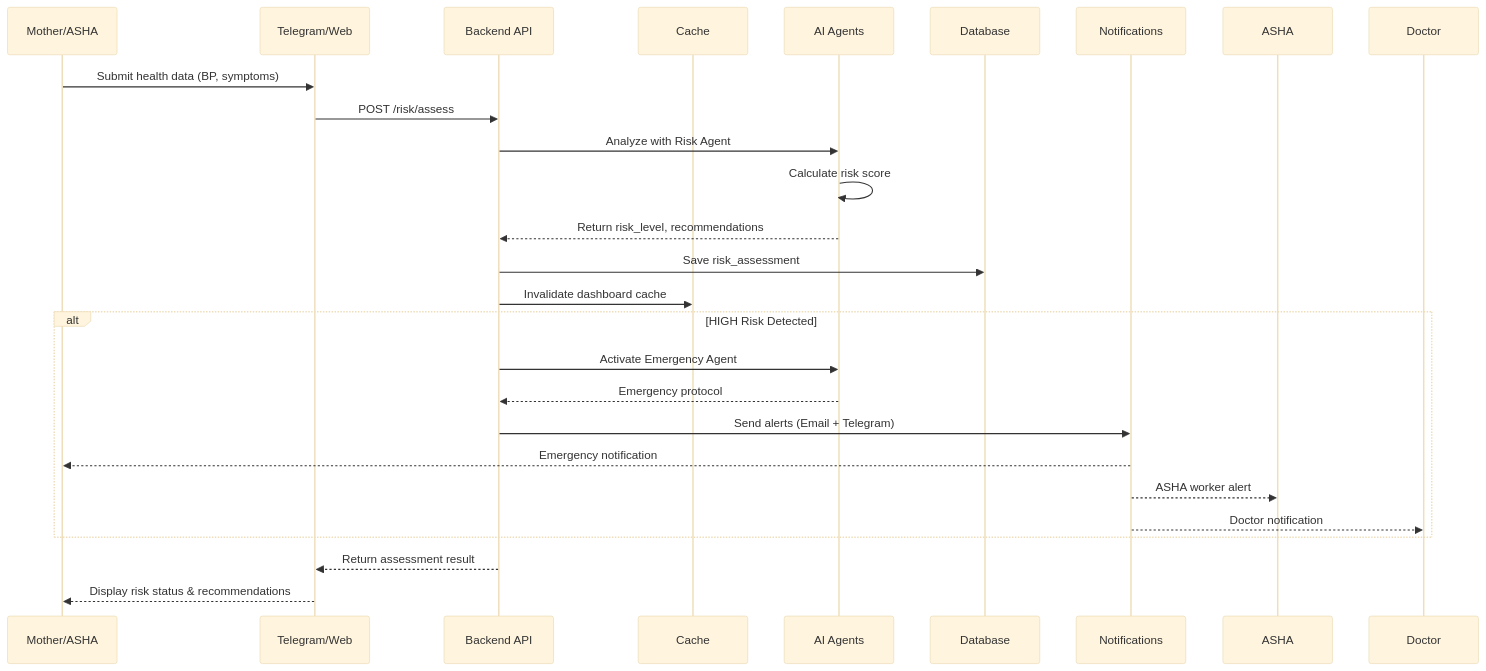
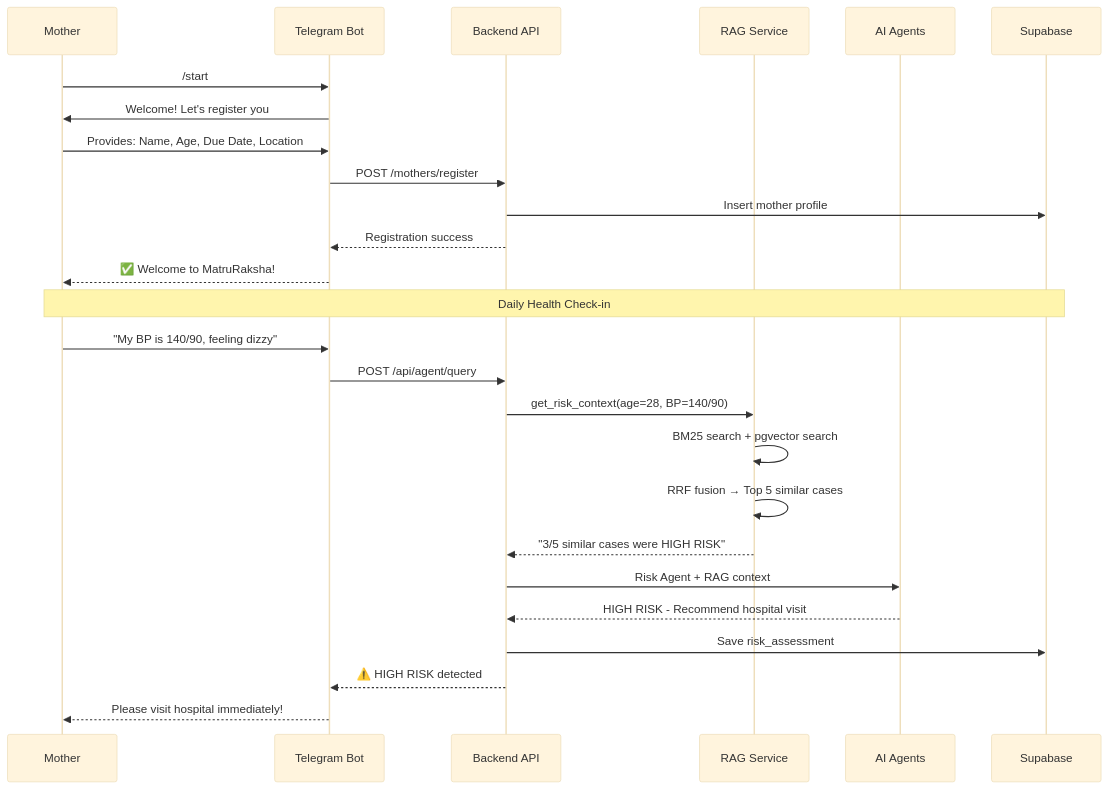
Before and after one commit to AIUtsavBot/aanchal_ai: the fourth of 4 diagrams in README.md, drawn with Mermaid (base theme). The commit also changed other lines of this file and 1 other file, not shown here.

````diff
--- a/README.md
+++ b/README.md
@@ -396,30 +264,30 @@
 ```mermaid
 sequenceDiagram
-    participant M as Mother/ASHA
-    participant T as Telegram/Web
+    participant M as Mother
+    participant T as Telegram Bot
     participant B as Backend API
-    participant C as Cache
+    participant R as RAG Service
     participant AI as AI Agents
-    participant DB as Database
-    participant N as Notifications
+    participant DB as Supabase
 
-    M->>T: Submit health data (BP, symptoms)
-    T->>B: POST /risk/assess
-    B->>AI: Analyze with Risk Agent
-    AI->>AI: Calculate risk score
-    AI-->>B: Return risk_level, recommendations
+    M->>T: /start
+    T->>M: Welcome! Let's register you
+    M->>T: Provides: Name, Age, Due Date, Location
+    T->>B: POST /mothers/register
+    B->>DB: Insert mother profile
+    B-->>T: Registration success
+    T-->>M: ✅ Welcome to MatruRaksha!
+
+    Note over M,DB: Daily Health Check-in
+    M->>T: "My BP is 140/90, feeling dizzy"
+    T->>B: POST /api/agent/query
+    B->>R: get_risk_context(age=28, BP=140/90)
+    R->>R: BM25 search + pgvector search
+    R->>R: RRF fusion → Top 5 similar cases
+    R-->>B: "3/5 similar cases were HIGH RISK"
+    B->>AI: Risk Agent + RAG context
+    AI-->>B: HIGH RISK - Recommend hospital visit
     B->>DB: Save risk_assessment
-    B->>C: Invalidate dashboard cache
-    
-    alt HIGH Risk Detected
-        B->>AI: Activate Emergency Agent
-        AI-->>B: Emergency protocol
-        B->>N: Send alerts (Email + Telegram)
-        N-->>M: Emergency notification
-        N-->>ASHA: ASHA worker alert
-        N-->>Doctor: Doctor notification
-    end
-    
-    B-->>T: Return assessment result
-    T-->>M: Display risk status & recommendations
+    B-->>T: ⚠️ HIGH RISK detected
+    T-->>M: Please visit hospital immediately!
 ```
````
